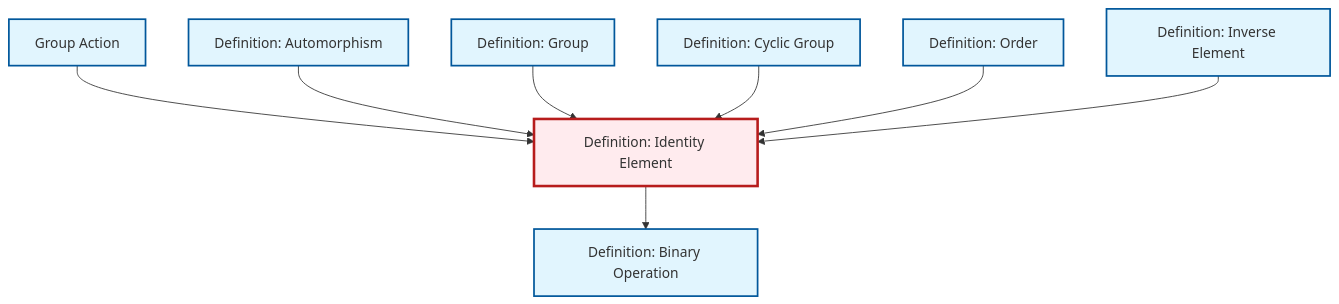
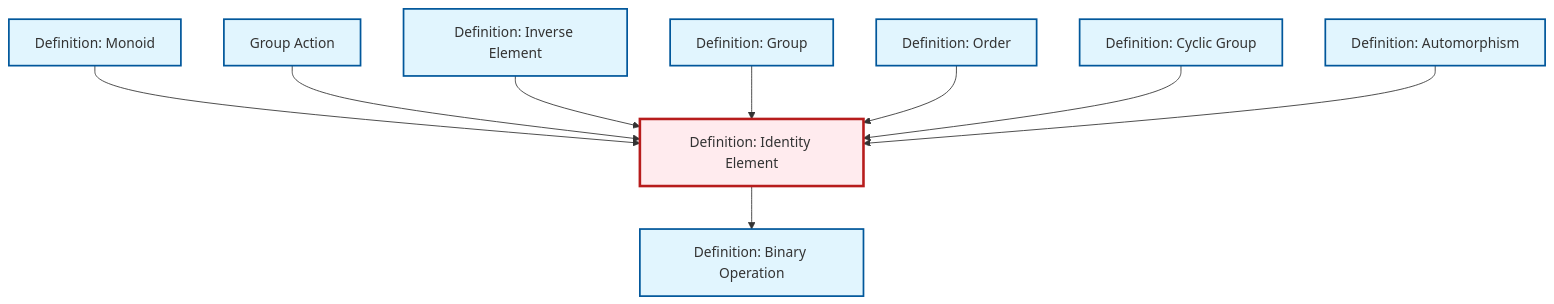
One commit to RK0429/ModernMath changed the diagram in content/en/algebra/def-identity-element.qmd. Above: the diagram before and after it, drawn with Mermaid. The commit also changed 619 other files, not shown here.

````diff
--- a/content/en/algebra/def-identity-element.qmd
+++ b/content/en/algebra/def-identity-element.qmd
@@ -77,32 +77,35 @@
 ```{mermaid}
 %%| fig-cap: "Local dependency graph"
 graph TD
     classDef definition fill:#e1f5fe,stroke:#01579b,stroke-width:2px
     classDef theorem fill:#f3e5f5,stroke:#4a148c,stroke-width:2px
     classDef axiom fill:#fff3e0,stroke:#e65100,stroke-width:2px
     classDef example fill:#e8f5e9,stroke:#1b5e20,stroke-width:2px
     classDef current fill:#ffebee,stroke:#b71c1c,stroke-width:3px
+    def-binary-operation["Definition: Binary Operation"]:::definition
+    def-group["Definition: Group"]:::definition
+    def-cyclic-group["Definition: Cyclic Group"]:::definition
+    def-automorphism["Definition: Automorphism"]:::definition
+    def-group-action["Group Action"]:::definition
+    def-inverse-element["Definition: Inverse Element"]:::definition
+    def-monoid["Definition: Monoid"]:::definition
+    def-order["Definition: Order"]:::definition
     def-identity-element["Definition: Identity Element"]:::definition
-    def-order["Definition: Order"]:::definition
-    def-group-action["Group Action"]:::definition
-    def-cyclic-group["Definition: Cyclic Group"]:::definition
-    def-inverse-element["Definition: Inverse Element"]:::definition
-    def-automorphism["Definition: Automorphism"]:::definition
-    def-group["Definition: Group"]:::definition
-    def-binary-operation["Definition: Binary Operation"]:::definition
+    def-monoid --> def-identity-element
+    def-identity-element --> def-binary-operation
     def-group-action --> def-identity-element
+    def-inverse-element --> def-identity-element
+    def-group --> def-identity-element
+    def-order --> def-identity-element
+    def-cyclic-group --> def-identity-element
     def-automorphism --> def-identity-element
-    def-group --> def-identity-element
-    def-identity-element --> def-binary-operation
-    def-cyclic-group --> def-identity-element
-    def-order --> def-identity-element
-    def-inverse-element --> def-identity-element
     class def-identity-element current
+    click def-binary-operation "def-binary-operation.html" "Go to Binary Operation definition"
+    click def-group "def-group.html" "Go to Group definition"
+    click def-cyclic-group "def-cyclic-group.html" "Go to Cyclic Group definition"
+    click def-automorphism "def-automorphism.html" "Go to Automorphism definition"
+    click def-group-action "def-group-action.html" "Go to Group Action"
+    click def-inverse-element "def-inverse-element.html" "Go to Inverse Element definition"
+    click def-monoid "def-monoid.html" "Go to Monoid definition"
     click def-order "def-order.html" "Go to Order definition"
-    click def-group-action "def-group-action.html" "Go to Group Action"
-    click def-cyclic-group "def-cyclic-group.html" "Go to Cyclic Group definition"
-    click def-inverse-element "def-inverse-element.html" "Go to Inverse Element definition"
-    click def-automorphism "def-automorphism.html" "Go to Automorphism definition"
-    click def-group "def-group.html" "Go to Group definition"
-    click def-binary-operation "def-binary-operation.html" "Go to Binary Operation definition"
 ```
````
